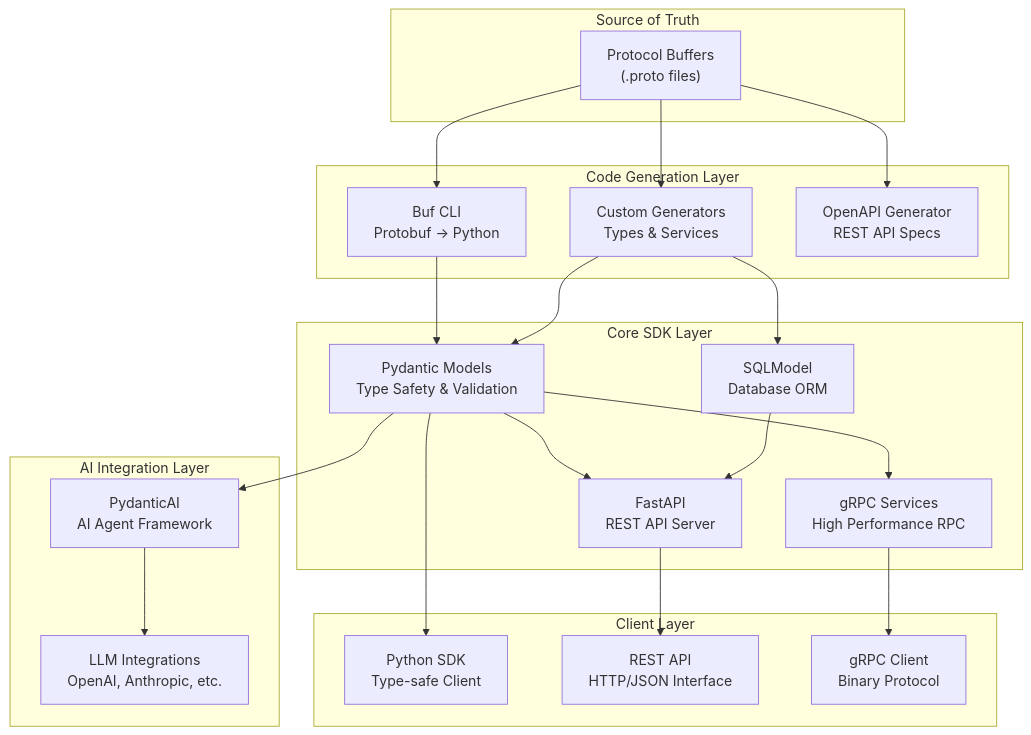
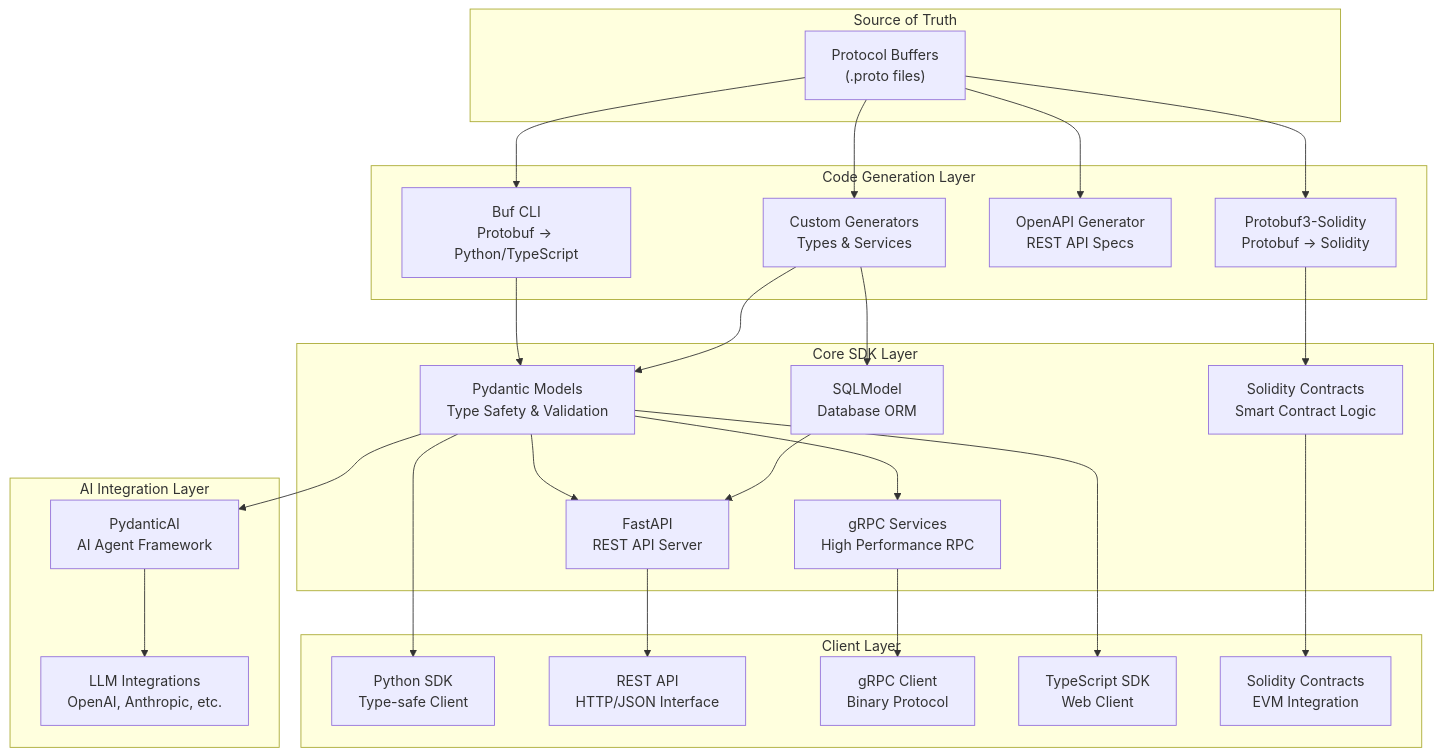
Before and after one commit to prometheus88/pfsdk: the first of 7 diagrams in docs/ARCHITECTURE.md, drawn with Mermaid. The commit also changed other lines of this file and 22 other files, not shown here.

First line of the commit message:
Add .gitignore and .gitmodules for Solidity integration

````diff
--- a/docs/ARCHITECTURE.md
+++ b/docs/ARCHITECTURE.md
@@ -9,45 +9,53 @@
 ```mermaid
 graph TB
     subgraph "Source of Truth"
         A[Protocol Buffers<br/>&lpar;.proto files&rpar;]
     end
     
     subgraph "Code Generation Layer"
-        B[Buf CLI<br/>Protobuf → Python]
+        B[Buf CLI<br/>Protobuf → Python/TypeScript]
         C[Custom Generators<br/>Types & Services]
         D[OpenAPI Generator<br/>REST API Specs]
+        E[Protobuf3-Solidity<br/>Protobuf → Solidity]
     end
     
     subgraph "Core SDK Layer"
-        E[Pydantic Models<br/>Type Safety & Validation]
-        F[SQLModel<br/>Database ORM]
-        G[FastAPI<br/>REST API Server]
-        H[gRPC Services<br/>High Performance RPC]
+        F[Pydantic Models<br/>Type Safety & Validation]
+        G[SQLModel<br/>Database ORM]
+        H[FastAPI<br/>REST API Server]
+        I[gRPC Services<br/>High Performance RPC]
+        J[Solidity Contracts<br/>Smart Contract Logic]
     end
     
     subgraph "AI Integration Layer"
-        I[PydanticAI<br/>AI Agent Framework]
-        J[LLM Integrations<br/>OpenAI, Anthropic, etc.]
+        K[PydanticAI<br/>AI Agent Framework]
+        L[LLM Integrations<br/>OpenAI, Anthropic, etc.]
     end
     
     subgraph "Client Layer"
-        K[Python SDK<br/>Type-safe Client]
-        L[REST API<br/>HTTP/JSON Interface]
-        M[gRPC Client<br/>Binary Protocol]
+        M[Python SDK<br/>Type-safe Client]
+        N[REST API<br/>HTTP/JSON Interface]
+        O[gRPC Client<br/>Binary Protocol]
+        P[TypeScript SDK<br/>Web Client]
+        Q[Solidity Contracts<br/>EVM Integration]
     end
     
     A --> B
     A --> C
     A --> D
-    B --> E
-    C --> E
+    A --> E
+    B --> F
     C --> F
-    E --> G
-    E --> H
-    E --> I
-    F --> G
-    I --> J
-    E --> K
-    G --> L
-    H --> M
+    C --> G
+    E --> J
+    F --> H
+    F --> I
+    F --> K
+    G --> H
+    K --> L
+    F --> M
+    H --> N
+    I --> O
+    F --> P
+    J --> Q
 ```
````
